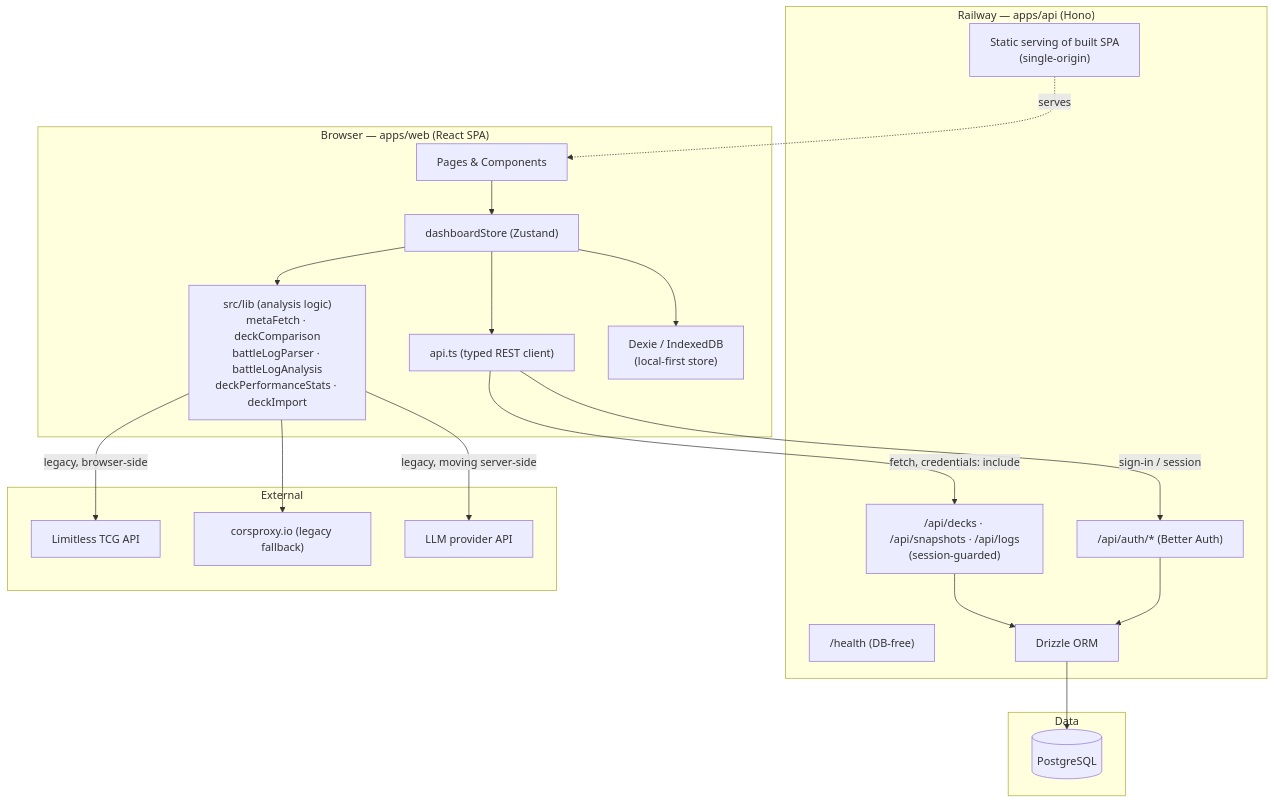
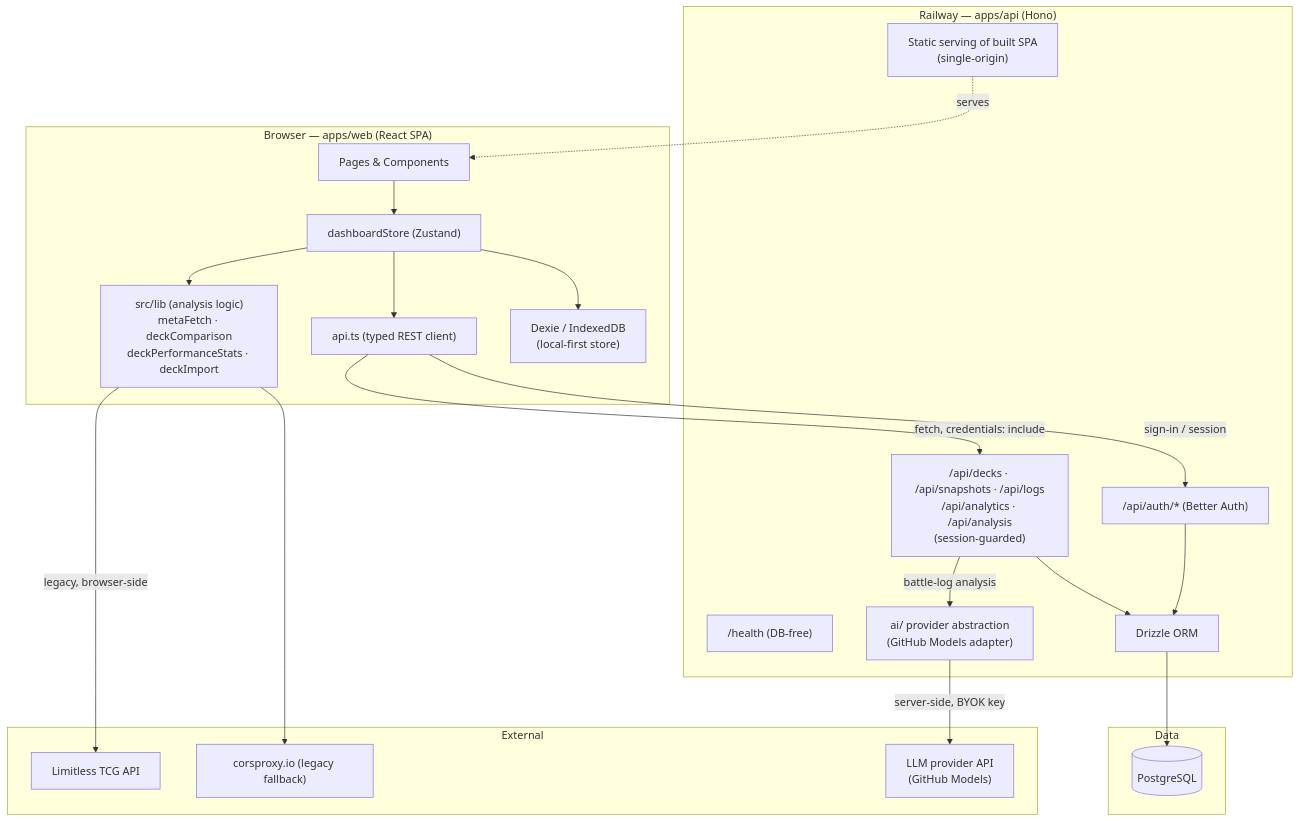
One commit to konradthiemann/Pokekon changed the first of 2 diagrams in docs/architecture.md. Above: the diagram before and after it, drawn with Mermaid. The commit also changed other lines of this file and 3 other files, not shown here.

First line of the commit message:
docs: sync architecture/data-flow/database/getting-started with the backend

````diff
--- a/docs/architecture.md
+++ b/docs/architecture.md
@@ -68,42 +68,44 @@
 ```mermaid
 flowchart TD
     subgraph Browser["Browser — apps/web (React SPA)"]
         UI["Pages & Components"]
         Store["dashboardStore (Zustand)"]
-        Logic["src/lib (analysis logic)<br/>metaFetch · deckComparison<br/>battleLogParser · battleLogAnalysis<br/>deckPerformanceStats · deckImport"]
+        Logic["src/lib (analysis logic)<br/>metaFetch · deckComparison<br/>deckPerformanceStats · deckImport"]
         ApiClient["api.ts (typed REST client)"]
         Dexie["Dexie / IndexedDB<br/>(local-first store)"]
     end
 
     subgraph Server["Railway — apps/api (Hono)"]
         Health["/health (DB-free)"]
         AuthH["/api/auth/* (Better Auth)"]
-        ApiRoutes["/api/decks · /api/snapshots · /api/logs<br/>(session-guarded)"]
+        ApiRoutes["/api/decks · /api/snapshots · /api/logs<br/>/api/analytics · /api/analysis<br/>(session-guarded)"]
+        AiLayer["ai/ provider abstraction<br/>(GitHub Models adapter)"]
         Static["Static serving of built SPA<br/>(single-origin)"]
         Drizzle["Drizzle ORM"]
     end
 
     subgraph Data["Data"]
         PG[("PostgreSQL")]
     end
 
     subgraph External["External"]
         LimitlessAPI["Limitless TCG API"]
         CORSProxy["corsproxy.io (legacy fallback)"]
-        ClaudeAPI["LLM provider API"]
+        LLMProvider["LLM provider API<br/>(GitHub Models)"]
     end
 
     UI --> Store
     Store --> ApiClient
     Store --> Dexie
     Store --> Logic
     ApiClient -->|"fetch, credentials: include"| ApiRoutes
     ApiClient -->|sign-in / session| AuthH
     Static -.serves.-> UI
     ApiRoutes --> Drizzle
+    ApiRoutes -->|battle-log analysis| AiLayer
+    AiLayer -->|"server-side, BYOK key"| LLMProvider
     AuthH --> Drizzle
     Drizzle --> PG
     Logic -->|legacy, browser-side| LimitlessAPI
     Logic --> CORSProxy
-    Logic -->|legacy, moving server-side| ClaudeAPI
 ```
````
